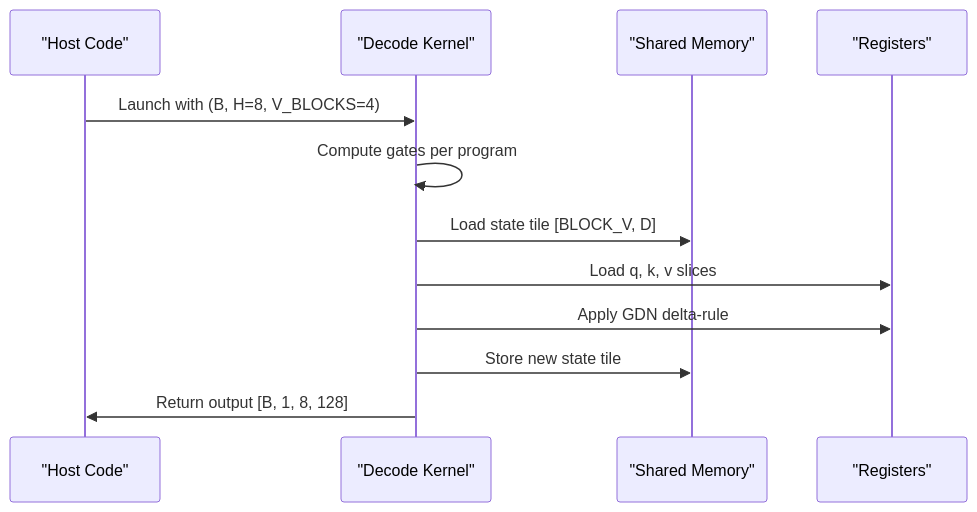
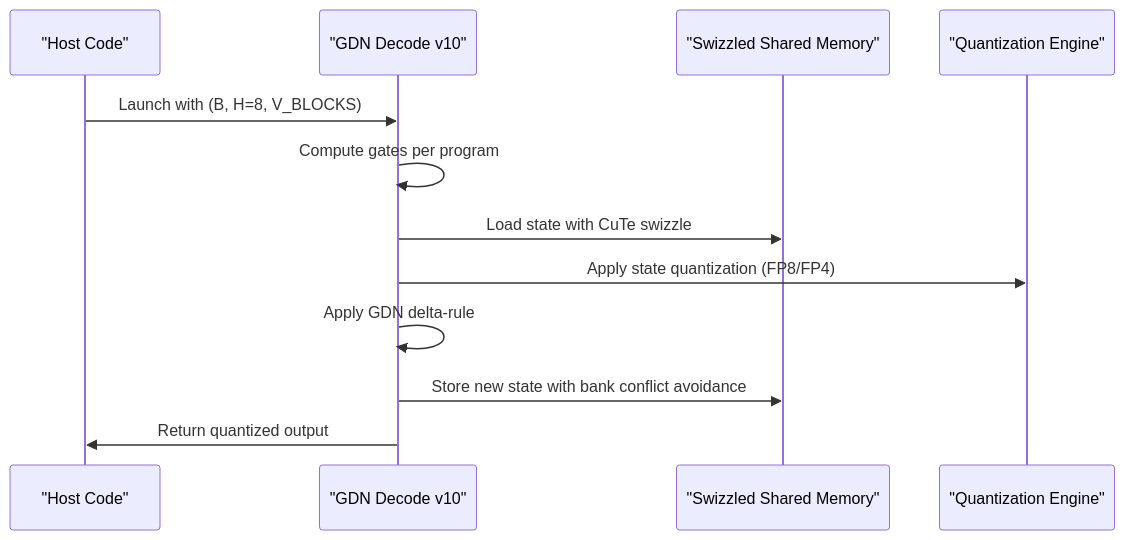
One commit to gugudeshubao/flashinfer-bench-tma-thrust changed the seventh of 10 diagrams in .qoder/repowiki/en/content/Project Overview/Project Overview.md. Above: the diagram before and after it, drawn with Mermaid. The commit also changed other lines of this file and 23 other files, not shown here.

````diff
--- a/.qoder/repowiki/en/content/Project Overview/Project Overview.md
+++ b/.qoder/repowiki/en/content/Project Overview/Project Overview.md
@@ -221,14 +364,14 @@
 ```mermaid
 sequenceDiagram
 participant Host as "Host Code"
-participant Kernel as "Decode Kernel"
-participant SMEM as "Shared Memory"
-participant Registers as "Registers"
-Host->>Kernel : Launch with (B, H=8, V_BLOCKS=4)
+participant Kernel as "GDN Decode v10"
+participant SMEM as "Swizzled Shared Memory"
+participant Quant as "Quantization Engine"
+Host->>Kernel : Launch with (B, H=8, V_BLOCKS)
 Kernel->>Kernel : Compute gates per program
-Kernel->>SMEM : Load state tile [BLOCK_V, D]
-Kernel->>Registers : Load q, k, v slices
-Kernel->>Registers : Apply GDN delta-rule
-Kernel->>SMEM : Store new state tile
-Kernel->>Host : Return output [B, 1, 8, 128]
+Kernel->>SMEM : Load state with CuTe swizzle
+Kernel->>Quant : Apply state quantization (FP8/FP4)
+Kernel->>Kernel : Apply GDN delta-rule
+Kernel->>SMEM : Store new state with bank conflict avoidance
+Kernel->>Host : Return quantized output
 ```
````
